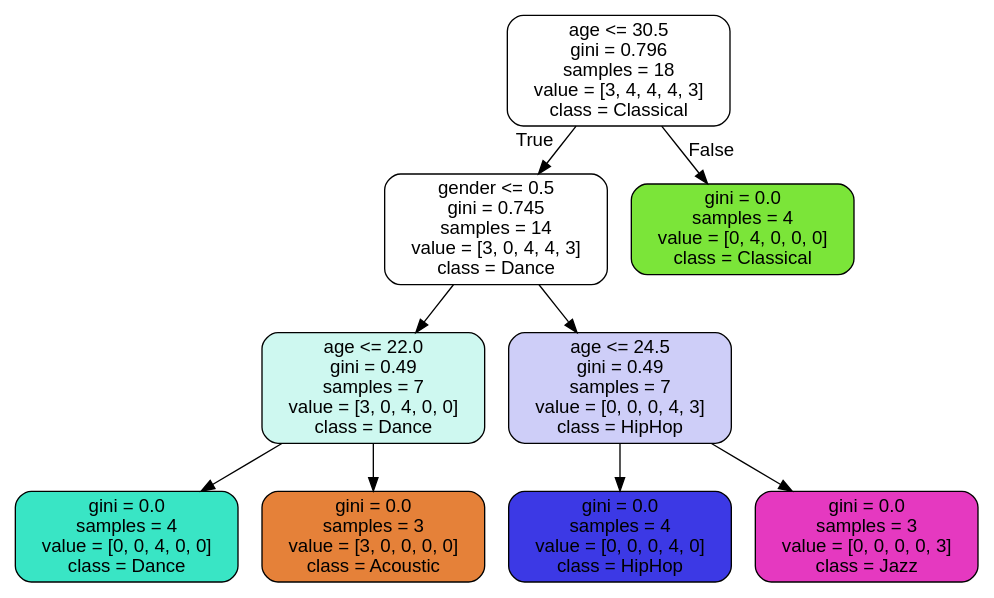
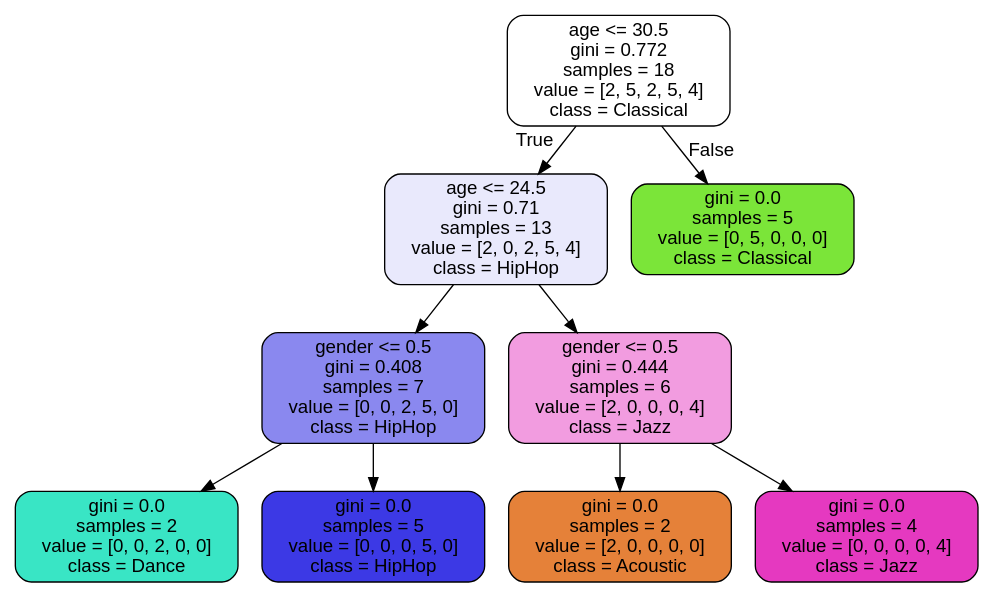
Before and after one commit to RHout19/Project-1: the diagram in Model 1/Project 2/music_recommender.dot, drawn with Graphviz. The commit also changed 3 other files, not shown here.

```diff
--- a/Model 1/Project 2/music_recommender.dot
+++ b/Model 1/Project 2/music_recommender.dot
@@ -1,21 +1,21 @@
 digraph Tree {
 node [shape=box, style="filled, rounded", color="black", fontname="helvetica"] ;
 edge [fontname="helvetica"] ;
-0 [label="age <= 30.5\ngini = 0.796\nsamples = 18\nvalue = [3, 4, 4, 4, 3]\nclass = Classical", fillcolor="#ffffff"] ;
-1 [label="gender <= 0.5\ngini = 0.745\nsamples = 14\nvalue = [3, 0, 4, 4, 3]\nclass = Dance", fillcolor="#ffffff"] ;
+0 [label="age <= 30.5\ngini = 0.772\nsamples = 18\nvalue = [2, 5, 2, 5, 4]\nclass = Classical", fillcolor="#ffffff"] ;
+1 [label="age <= 24.5\ngini = 0.71\nsamples = 13\nvalue = [2, 0, 2, 5, 4]\nclass = HipHop", fillcolor="#e9e9fc"] ;
 0 -> 1 [labeldistance=2.5, labelangle=45, headlabel="True"] ;
-2 [label="age <= 22.0\ngini = 0.49\nsamples = 7\nvalue = [3, 0, 4, 0, 0]\nclass = Dance", fillcolor="#cef8f0"] ;
+2 [label="gender <= 0.5\ngini = 0.408\nsamples = 7\nvalue = [0, 0, 2, 5, 0]\nclass = HipHop", fillcolor="#8a88ef"] ;
 1 -> 2 ;
-3 [label="gini = 0.0\nsamples = 4\nvalue = [0, 0, 4, 0, 0]\nclass = Dance", fillcolor="#39e5c5"] ;
+3 [label="gini = 0.0\nsamples = 2\nvalue = [0, 0, 2, 0, 0]\nclass = Dance", fillcolor="#39e5c5"] ;
 2 -> 3 ;
-4 [label="gini = 0.0\nsamples = 3\nvalue = [3, 0, 0, 0, 0]\nclass = Acoustic", fillcolor="#e58139"] ;
+4 [label="gini = 0.0\nsamples = 5\nvalue = [0, 0, 0, 5, 0]\nclass = HipHop", fillcolor="#3c39e5"] ;
 2 -> 4 ;
-5 [label="age <= 24.5\ngini = 0.49\nsamples = 7\nvalue = [0, 0, 0, 4, 3]\nclass = HipHop", fillcolor="#cecef8"] ;
+5 [label="gender <= 0.5\ngini = 0.444\nsamples = 6\nvalue = [2, 0, 0, 0, 4]\nclass = Jazz", fillcolor="#f29ce0"] ;
 1 -> 5 ;
-6 [label="gini = 0.0\nsamples = 4\nvalue = [0, 0, 0, 4, 0]\nclass = HipHop", fillcolor="#3c39e5"] ;
+6 [label="gini = 0.0\nsamples = 2\nvalue = [2, 0, 0, 0, 0]\nclass = Acoustic", fillcolor="#e58139"] ;
 5 -> 6 ;
-7 [label="gini = 0.0\nsamples = 3\nvalue = [0, 0, 0, 0, 3]\nclass = Jazz", fillcolor="#e539c0"] ;
+7 [label="gini = 0.0\nsamples = 4\nvalue = [0, 0, 0, 0, 4]\nclass = Jazz", fillcolor="#e539c0"] ;
 5 -> 7 ;
-8 [label="gini = 0.0\nsamples = 4\nvalue = [0, 4, 0, 0, 0]\nclass = Classical", fillcolor="#7be539"] ;
+8 [label="gini = 0.0\nsamples = 5\nvalue = [0, 5, 0, 0, 0]\nclass = Classical", fillcolor="#7be539"] ;
 0 -> 8 [labeldistance=2.5, labelangle=-45, headlabel="False"] ;
 }
```
